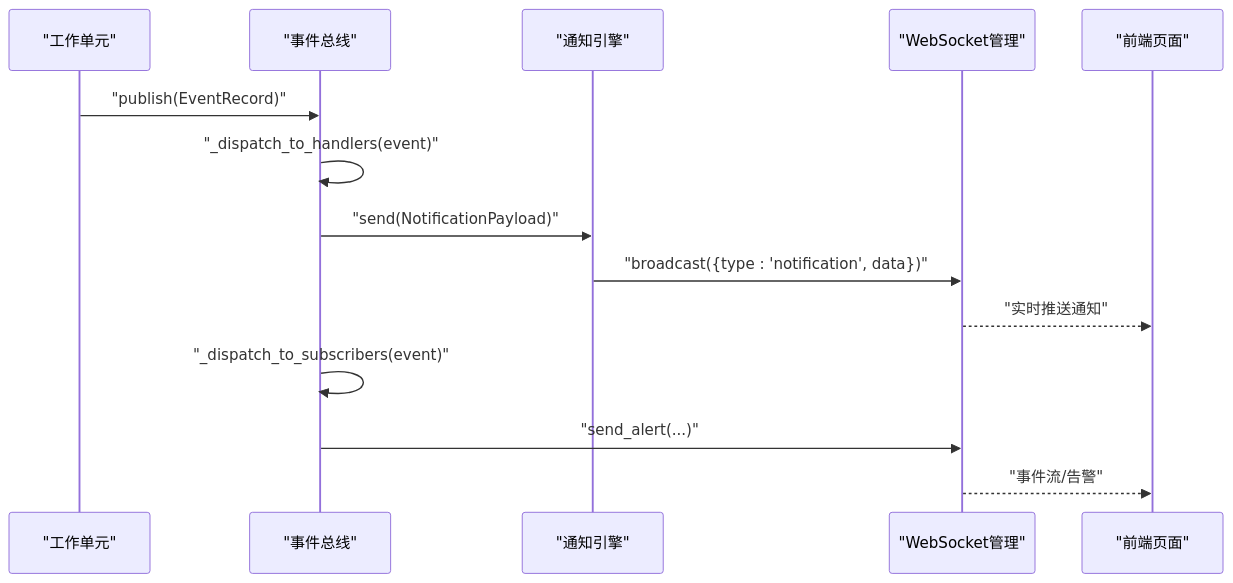
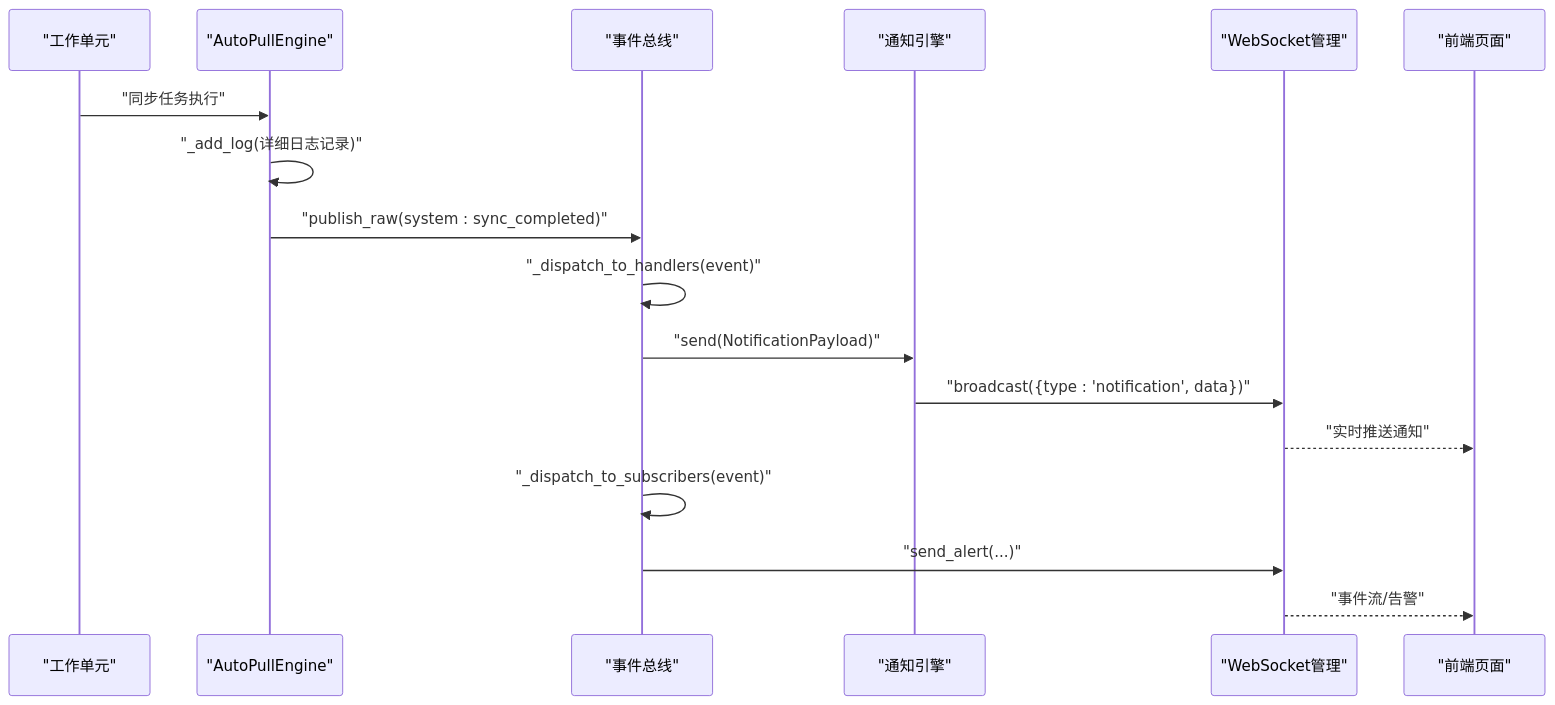
One commit to angledick/- changed the second of 8 diagrams in .qoder/repowiki/zh/content/监控与运维/错误追踪与调试.md. Above: the diagram before and after it, drawn with Mermaid. The commit also changed other lines of this file and 770 other files, not shown here.

````diff
--- a/.qoder/repowiki/zh/content/监控与运维/错误追踪与调试.md
+++ b/.qoder/repowiki/zh/content/监控与运维/错误追踪与调试.md
@@ -102,16 +123,19 @@
 ```mermaid
 sequenceDiagram
 participant Worker as "工作单元"
+participant AutoPull as "AutoPullEngine"
 participant EventBus as "事件总线"
 participant Notifier as "通知引擎"
 participant WS as "WebSocket管理"
 participant Frontend as "前端页面"
-Worker->>EventBus : "publish(EventRecord)"
+Worker->>AutoPull : "同步任务执行"
+AutoPull->>AutoPull : "_add_log(详细日志记录)"
+AutoPull->>EventBus : "publish_raw(system : sync_completed)"
 EventBus->>EventBus : "_dispatch_to_handlers(event)"
 EventBus->>Notifier : "send(NotificationPayload)"
 Notifier->>WS : "broadcast({type : 'notification', data})"
 WS-->>Frontend : "实时推送通知"
 EventBus->>EventBus : "_dispatch_to_subscribers(event)"
 EventBus->>WS : "send_alert(...)"
 WS-->>Frontend : "事件流/告警"
 ```
````
